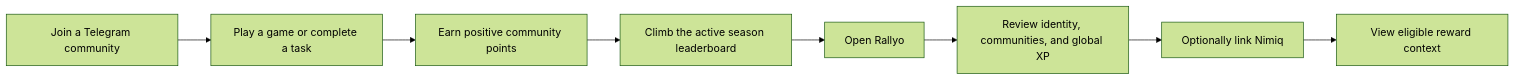
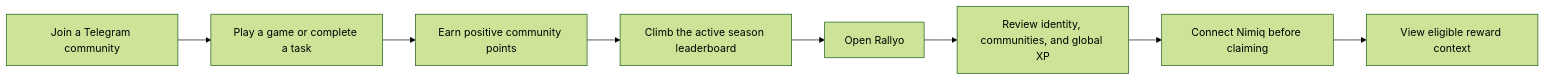
Before and after one commit to Web3Kyami/Rallyo: the third of 5 diagrams in README.md, drawn with Mermaid (forest theme). The commit also changed other lines of this file and 34 other files, not shown here.

````diff
--- a/README.md
+++ b/README.md
@@ -120,10 +127,10 @@
 ```mermaid
 flowchart LR
     A[Join a Telegram community] --> B[Play a game or complete a task]
     B --> C[Earn positive community points]
     C --> D[Climb the active season leaderboard]
     D --> E[Open Rallyo]
     E --> F[Review identity, communities, and global XP]
-    F --> G[Optionally link Nimiq]
+    F --> G[Connect Nimiq before claiming]
     G --> H[View eligible reward context]
 ```
````
